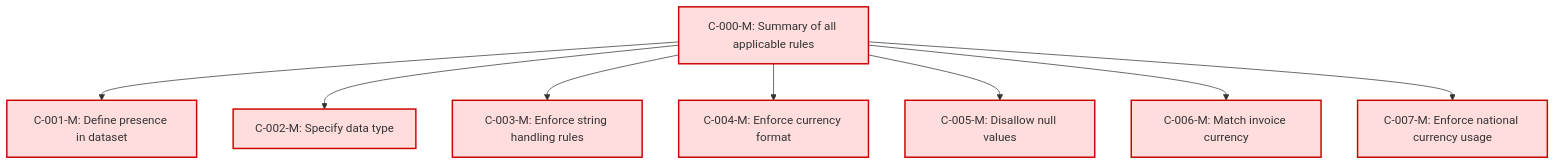
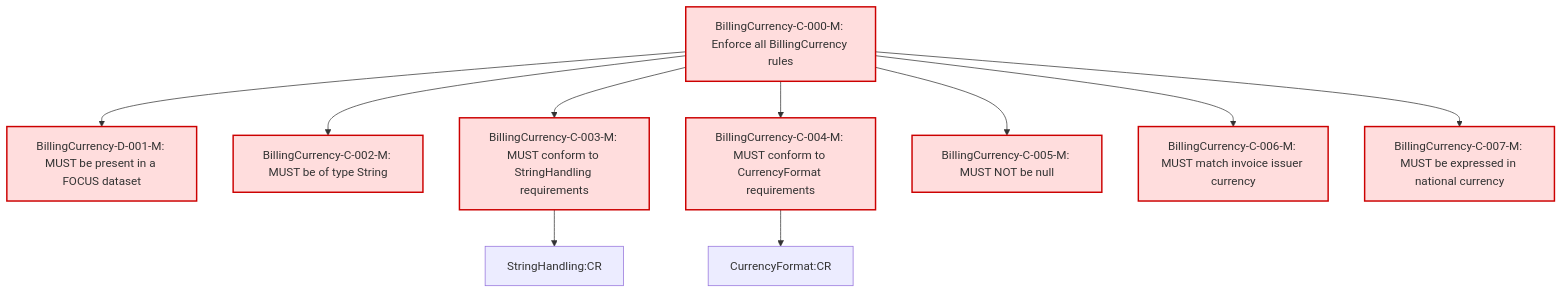
Before and after one commit to FinOps-Open-Cost-and-Usage-Spec/FOCUS_Spec: the diagram in specification/conformance/cr-stage1/billingcurrency_cr.md, drawn with Mermaid. The commit also changed other lines of this file, not shown here.

Commit message:
revised billing currency

````diff
--- a/specification/conformance/cr-stage1/billingcurrency_cr.md
+++ b/specification/conformance/cr-stage1/billingcurrency_cr.md
@@ -20,29 +22,38 @@
 ```mermaid
+
 graph TD
 
 %% Root Composite
-BC000["C-000-M: Summary of all applicable rules"]
-BC001["C-001-M: Define presence in dataset"]
-BC002["C-002-M: Specify data type"]
-BC003["C-003-M: Enforce string handling rules"]
-BC004["C-004-M: Enforce currency format"]
-BC005["C-005-M: Disallow null values"]
-BC006["C-006-M: Match invoice currency"]
-BC007["C-007-M: Enforce national currency usage"]
+BC000["BillingCurrency-C-000-M: Enforce all BillingCurrency rules"]
+BC001["BillingCurrency-D-001-M: MUST be present in a FOCUS dataset"]
+BC002["BillingCurrency-C-002-M: MUST be of type String"]
+BC003["BillingCurrency-C-003-M: MUST conform to StringHandling requirements"]
+BC004["BillingCurrency-C-004-M: MUST conform to CurrencyFormat requirements"]
+BC005["BillingCurrency-C-005-M: MUST NOT be null"]
+BC006["BillingCurrency-C-006-M: MUST match invoice issuer currency"]
+BC007["BillingCurrency-C-007-M: MUST be expressed in national currency"]
 
 %% Root connections
 BC000 --> BC001
 BC000 --> BC002
 BC000 --> BC003
 BC000 --> BC004
 BC000 --> BC005
 BC000 --> BC006
 BC000 --> BC007
 
+%% Attribute reference nodes
+SHCR["StringHandling:CR"]
+CUCR["CurrencyFormat:CR"]
+
+%% Attribute reference connections
+BC003 --> SHCR
+BC004 --> CUCR
+
 %% Styling by Rule Type
 classDef mandatory fill:#fdd,stroke:#c00,stroke-width:2px;
 classDef conditional fill:#ffd700,stroke:#aa0,stroke-width:1px;
 classDef optional fill:#c0f5c0,stroke:#2c8c2c,stroke-width:1px;
 
 class BC000,BC001,BC002,BC003,BC004,BC005,BC006,BC007 mandatory;
 ```
````
